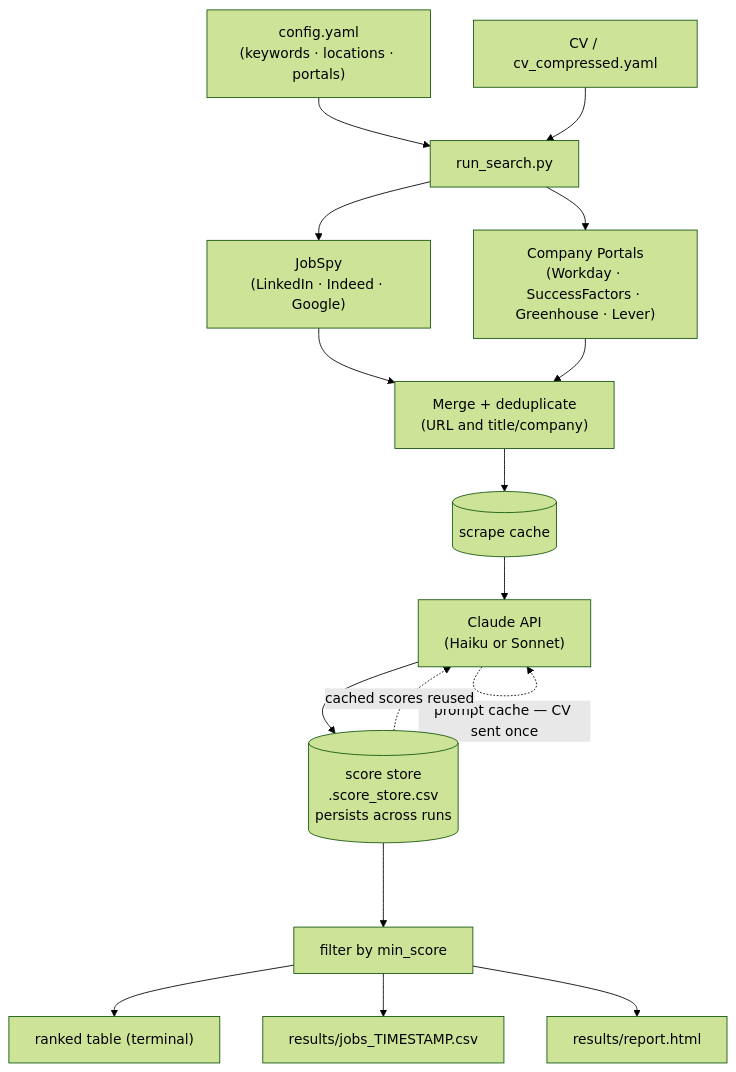
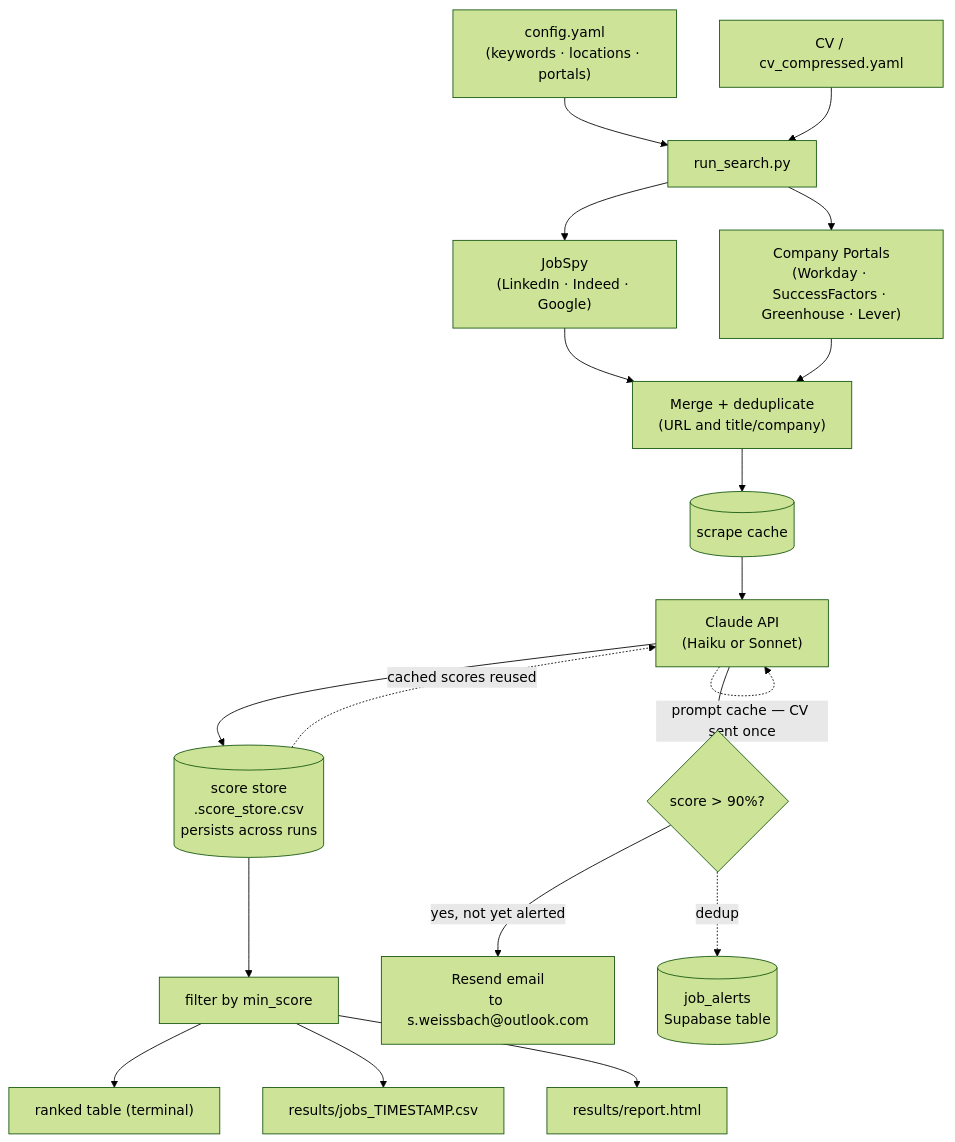
The diagram in README.md (s-weissbach/job_search_automation), drawn with Mermaid (forest theme) before and after one commit. The commit also changed other lines of this file and 6 other files, not shown here.

First line of the commit message:
Send high-score alert email after each run

````diff
--- a/README.md
+++ b/README.md
@@ -7,26 +7,30 @@
 ```mermaid
 flowchart TD
     CFG["config.yaml\n(keywords · locations · portals)"]
     CV["CV / cv_compressed.yaml"]
 
     CFG --> RUN["run_search.py"]
     CV  --> RUN
 
     RUN --> JS["JobSpy\n(LinkedIn · Indeed · Google)"]
     RUN --> CP["Company Portals\n(Workday · SuccessFactors · Greenhouse · Lever)"]
 
     JS  --> DEDUP["Merge + deduplicate\n(URL and title/company)"]
     CP  --> DEDUP
 
     DEDUP --> SC[("scrape cache")]
 
     SC --> CL["Claude API\n(Haiku or Sonnet)"]
     CL -. "prompt cache — CV sent once" .-> CL
     CL --> SS[("score store\n.score_store.csv\npersists across runs")]
     SS -. "cached scores reused" .-> CL
 
     SS --> F["filter by min_score"]
     F  --> T["ranked table (terminal)"]
     F  --> CSV["results/jobs_TIMESTAMP.csv"]
     F  --> HTML["results/report.html"]
+
+    CL --> ALERT{"score > 90%?"}
+    ALERT -->|"yes, not yet alerted"| MAIL["Resend email\nto s.weissbach@outlook.com"]
+    ALERT -. "dedup" .-> JA[("job_alerts\nSupabase table")]
 ```
````
